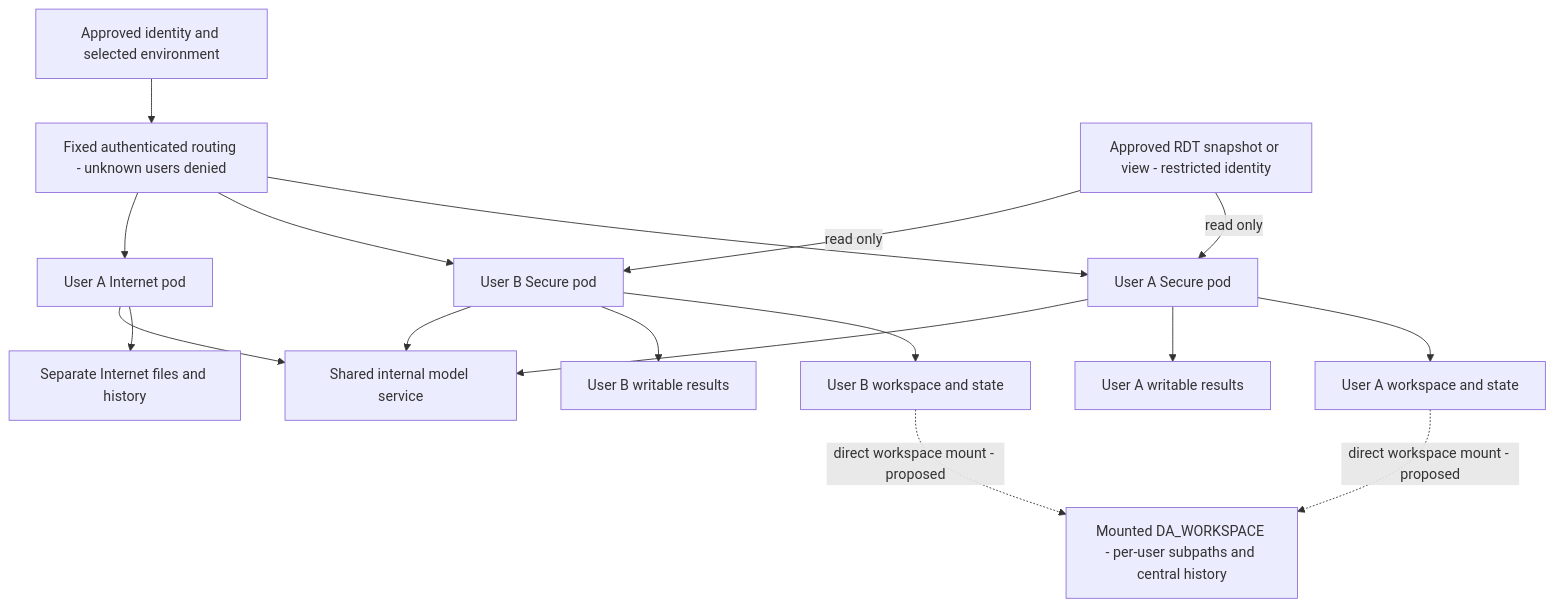
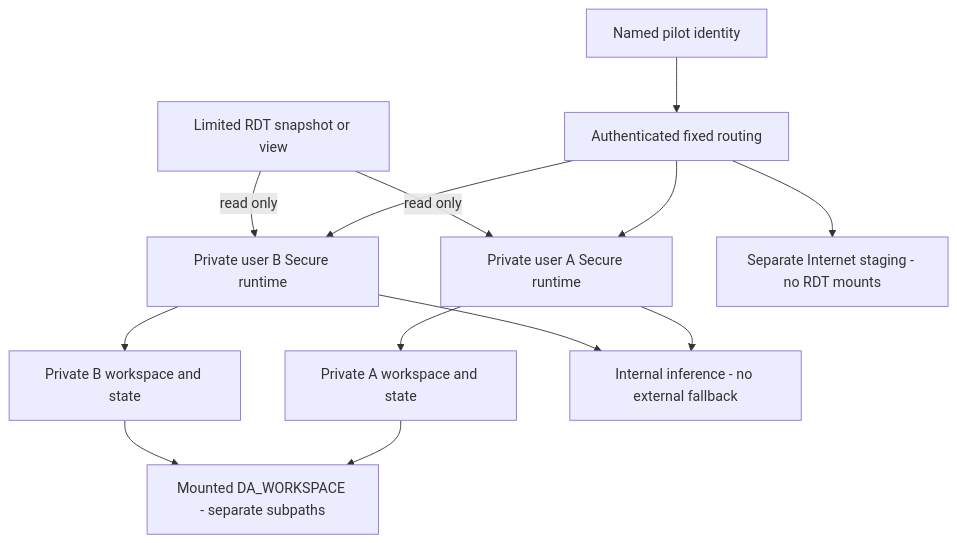
Before and after one commit to skunpoj/dsh_setup: the second of 3 diagrams in docs/DSH_RDT_PILOT_SECURITY_CONTROL_ASSESSMENT.md, drawn with Mermaid. The commit also changed other lines of this file and 6 other files, not shown here.

Commit message:
Rewrite RDT pilot walkthrough around three risk controls and closure evidence

````diff
--- a/docs/DSH_RDT_PILOT_SECURITY_CONTROL_ASSESSMENT.md
+++ b/docs/DSH_RDT_PILOT_SECURITY_CONTROL_ASSESSMENT.md
@@ -63,19 +125,15 @@
 ```mermaid
 flowchart TB
- U[Approved identity and selected environment] --> G[Fixed authenticated routing - unknown users denied]
- G --> A[User A Secure pod]
- G --> B[User B Secure pod]
- G --> O[User A Internet pod]
- A --> AV[User A workspace and state]
- B --> BV[User B workspace and state]
- O --> OV[Separate Internet files and history]
- R[Approved RDT snapshot or view - restricted identity] -->|read only| A
+ U[Named pilot identity] --> G[Authenticated fixed routing]
+ G --> A[Private user A Secure runtime]
+ G --> B[Private user B Secure runtime]
+ R[Limited RDT snapshot or view] -->|read only| A
  R -->|read only| B
- A --> AR[User A writable results]
- B --> BR[User B writable results]
- A --> L[Shared internal model service]
+ A --> AV[Private A workspace and state]
+ B --> BV[Private B workspace and state]
+ AV --> DA[Mounted DA_WORKSPACE - separate subpaths]
+ BV --> DA
+ A --> L[Internal inference - no external fallback]
  B --> L
- O --> L
- AV -. direct workspace mount - proposed .-> DA[Mounted DA_WORKSPACE - per-user subpaths and central history]
- BV -. direct workspace mount - proposed .-> DA
+ G --> I[Separate Internet staging - no RDT mounts]
 ```
````
